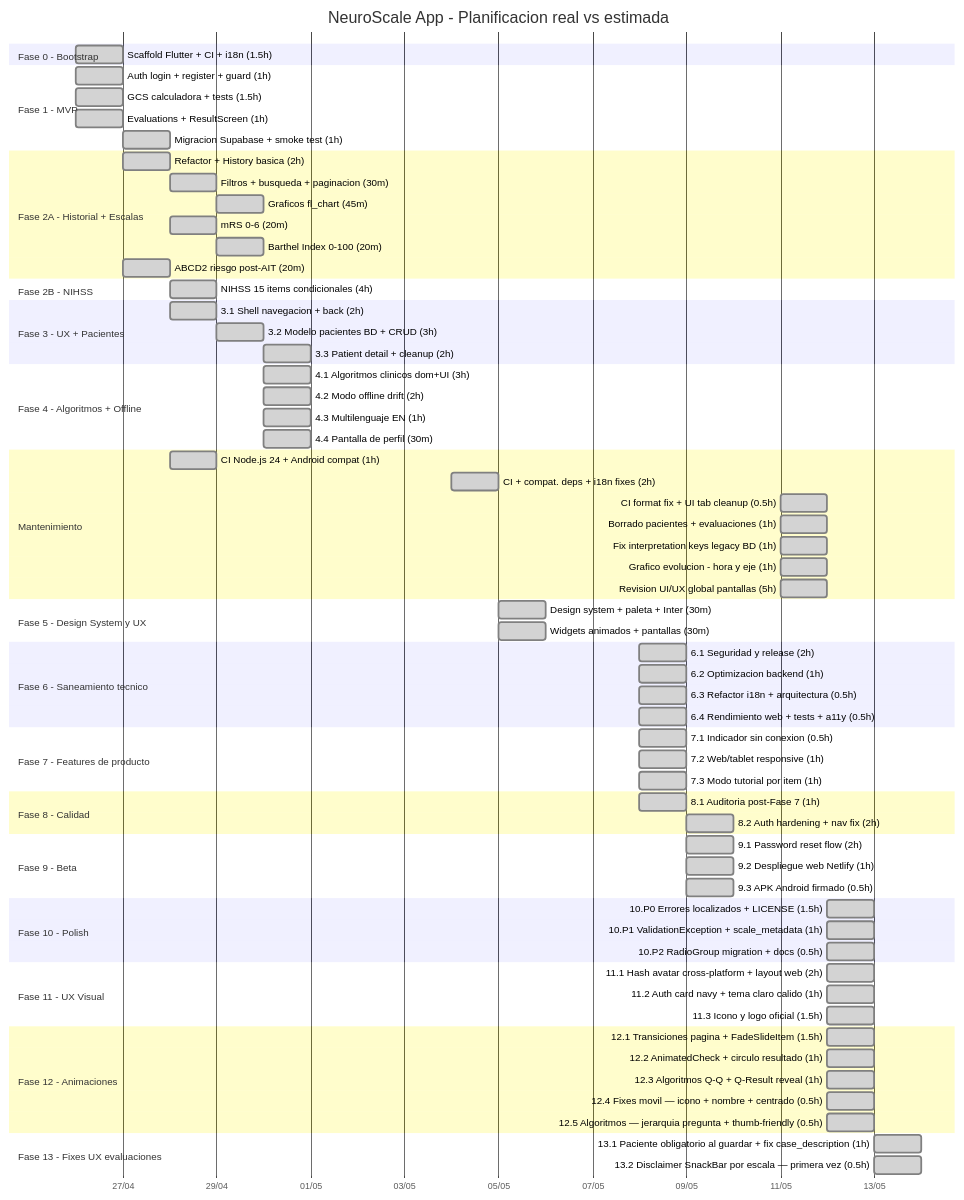
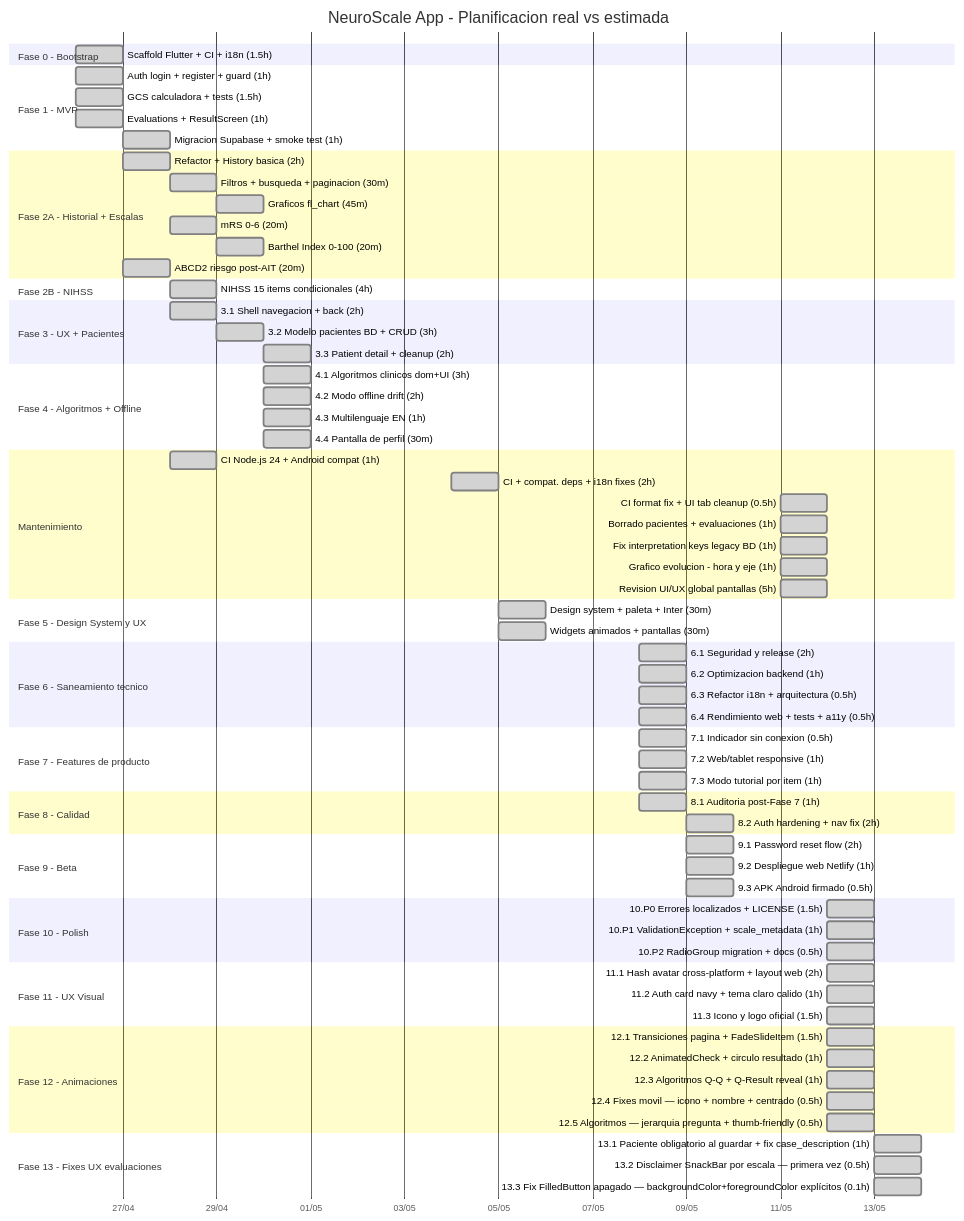
Before and after one commit to grisllo/NeuroScaleApp: the diagram in README.md, drawn with Mermaid. The commit also changed 1 other file, not shown here.

Commit message:
docs(gantt): Fase 13.3 fix botón apagado, ~75h

````diff
--- a/README.md
+++ b/README.md
@@ -134,4 +134,5 @@
     section Fase 13 - Fixes UX evaluaciones
     13.1 Paciente obligatorio al guardar + fix case_description (1h) :done, f13a, 2026-05-13, 1d
     13.2 Disclaimer SnackBar por escala — primera vez (0.5h) :done, f13b, 2026-05-13, 1d
+    13.3 Fix FilledButton apagado — backgroundColor+foregroundColor explícitos (0.1h) :done, f13c, 2026-05-13, 1d
 ```
````
